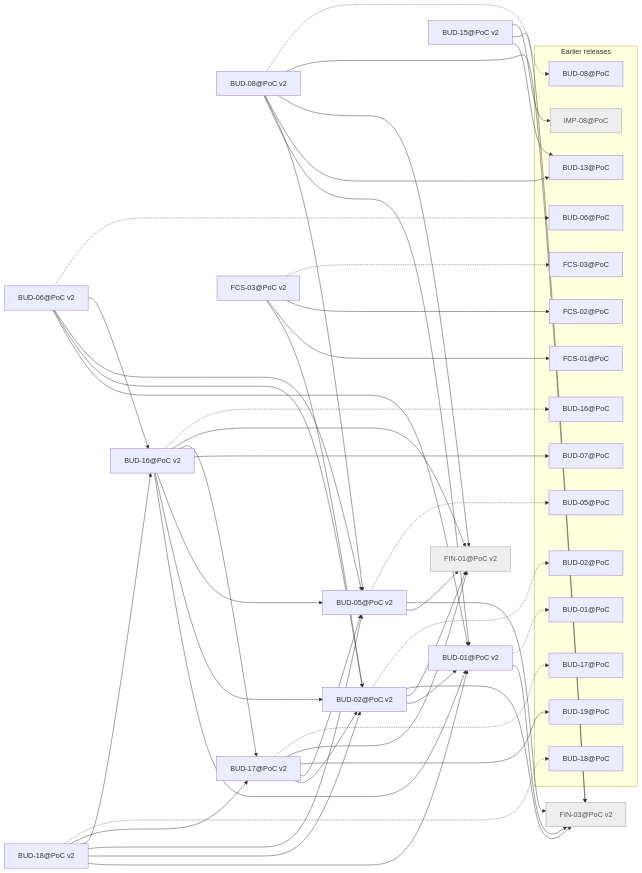
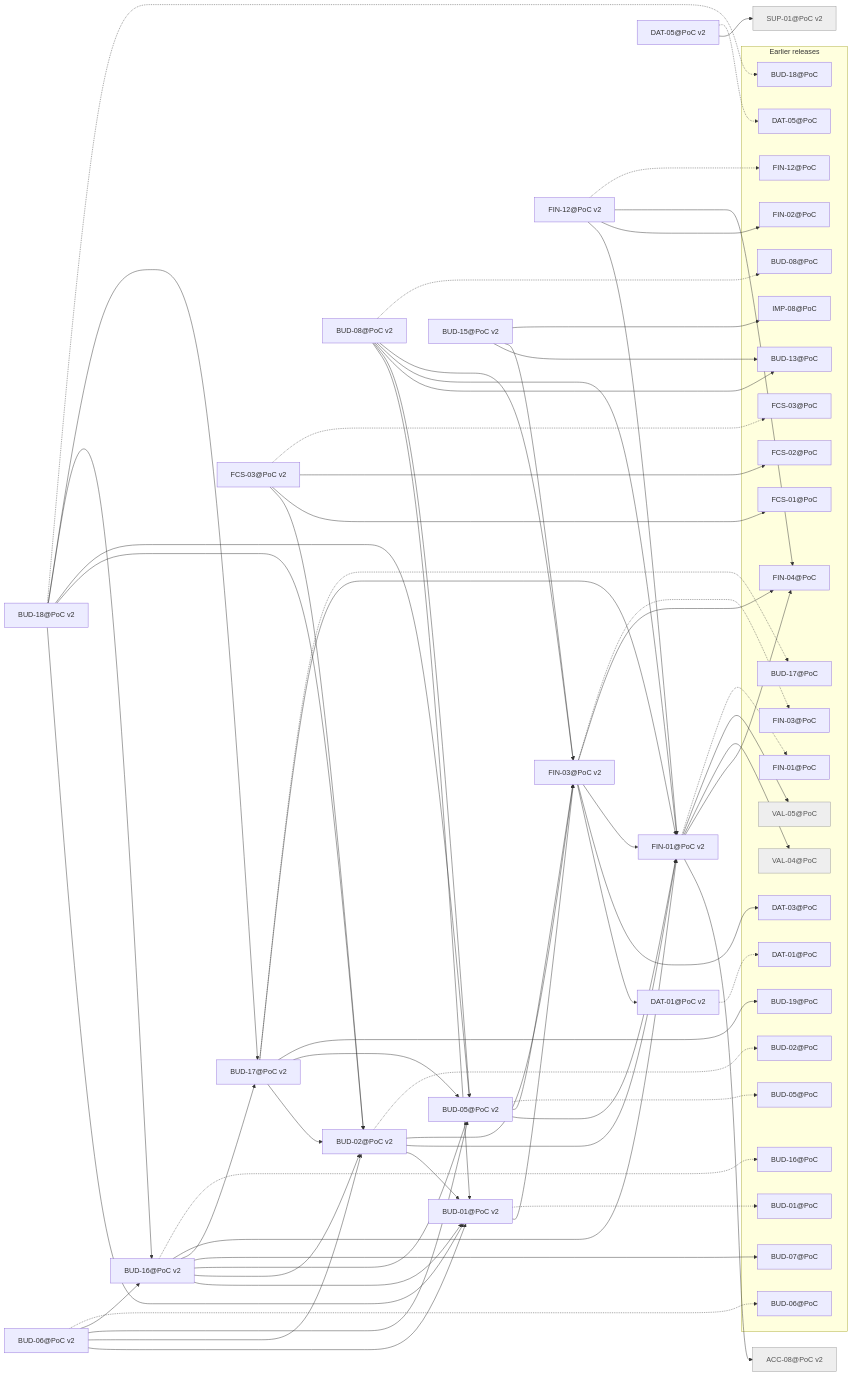
One commit to minakovval/Willowsum changed the diagram in docs/traceability/release-poc-v2.md. Above: the diagram before and after it, drawn with Mermaid. The commit also changed other lines of this file and 165 other files, not shown here.

First line of the commit message:
FIN-01: migrate FIN, IMP and DAT to release slices; BUD-17 one budget in PoC (#36)

````diff
--- a/docs/traceability/release-poc-v2.md
+++ b/docs/traceability/release-poc-v2.md
@@ -26,5 +31,6 @@
 ```mermaid
 flowchart LR
+  ACC_08_PoC_v2["ACC-08@PoC v2"]
   BUD_01_PoC_v2["BUD-01@PoC v2"]
   BUD_02_PoC_v2["BUD-02@PoC v2"]
   BUD_05_PoC_v2["BUD-05@PoC v2"]
@@ -34,9 +40,13 @@
   BUD_16_PoC_v2["BUD-16@PoC v2"]
   BUD_17_PoC_v2["BUD-17@PoC v2"]
   BUD_18_PoC_v2["BUD-18@PoC v2"]
+  DAT_01_PoC_v2["DAT-01@PoC v2"]
+  DAT_05_PoC_v2["DAT-05@PoC v2"]
   FCS_03_PoC_v2["FCS-03@PoC v2"]
   FIN_01_PoC_v2["FIN-01@PoC v2"]
   FIN_03_PoC_v2["FIN-03@PoC v2"]
+  FIN_12_PoC_v2["FIN-12@PoC v2"]
+  SUP_01_PoC_v2["SUP-01@PoC v2"]
   subgraph earlier["Earlier releases"]
     BUD_01_PoC["BUD-01@PoC"]
     BUD_02_PoC["BUD-02@PoC"]
@@ -49,10 +59,20 @@
     BUD_17_PoC["BUD-17@PoC"]
     BUD_18_PoC["BUD-18@PoC"]
     BUD_19_PoC["BUD-19@PoC"]
+    DAT_01_PoC["DAT-01@PoC"]
+    DAT_03_PoC["DAT-03@PoC"]
+    DAT_05_PoC["DAT-05@PoC"]
     FCS_01_PoC["FCS-01@PoC"]
     FCS_02_PoC["FCS-02@PoC"]
     FCS_03_PoC["FCS-03@PoC"]
+    FIN_01_PoC["FIN-01@PoC"]
+    FIN_02_PoC["FIN-02@PoC"]
+    FIN_03_PoC["FIN-03@PoC"]
+    FIN_04_PoC["FIN-04@PoC"]
+    FIN_12_PoC["FIN-12@PoC"]
     IMP_08_PoC["IMP-08@PoC"]
+    VAL_04_PoC["VAL-04@PoC"]
+    VAL_05_PoC["VAL-05@PoC"]
   end
   BUD_01_PoC_v2 --> FIN_03_PoC_v2
   BUD_01_PoC_v2 -.-> BUD_01_PoC
@@ -95,10 +115,27 @@
   BUD_18_PoC_v2 --> BUD_16_PoC_v2
   BUD_18_PoC_v2 --> BUD_17_PoC_v2
   BUD_18_PoC_v2 -.-> BUD_18_PoC
+  DAT_01_PoC_v2 -.-> DAT_01_PoC
+  DAT_05_PoC_v2 --> SUP_01_PoC_v2
+  DAT_05_PoC_v2 -.-> DAT_05_PoC
   FCS_03_PoC_v2 --> BUD_02_PoC_v2
   FCS_03_PoC_v2 --> FCS_01_PoC
   FCS_03_PoC_v2 --> FCS_02_PoC
   FCS_03_PoC_v2 -.-> FCS_03_PoC
+  FIN_01_PoC_v2 --> ACC_08_PoC_v2
+  FIN_01_PoC_v2 --> FIN_04_PoC
+  FIN_01_PoC_v2 --> VAL_04_PoC
+  FIN_01_PoC_v2 --> VAL_05_PoC
+  FIN_01_PoC_v2 -.-> FIN_01_PoC
+  FIN_03_PoC_v2 --> DAT_01_PoC_v2
+  FIN_03_PoC_v2 --> DAT_03_PoC
+  FIN_03_PoC_v2 --> FIN_01_PoC_v2
+  FIN_03_PoC_v2 --> FIN_04_PoC
+  FIN_03_PoC_v2 -.-> FIN_03_PoC
+  FIN_12_PoC_v2 --> FIN_01_PoC_v2
+  FIN_12_PoC_v2 --> FIN_02_PoC
+  FIN_12_PoC_v2 --> FIN_04_PoC
+  FIN_12_PoC_v2 -.-> FIN_12_PoC
   classDef notMigrated fill:#eee,stroke:#999,color:#555
-  class FIN_01_PoC_v2,FIN_03_PoC_v2,IMP_08_PoC notMigrated
+  class ACC_08_PoC_v2,SUP_01_PoC_v2,VAL_04_PoC,VAL_05_PoC notMigrated
 ```
````
